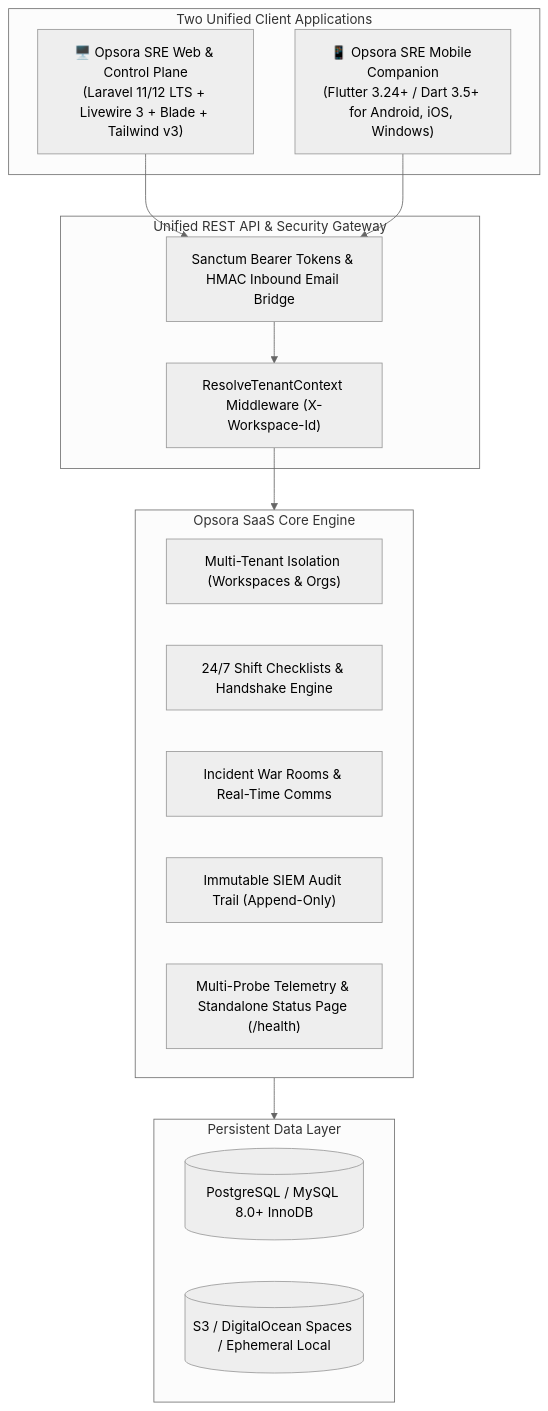
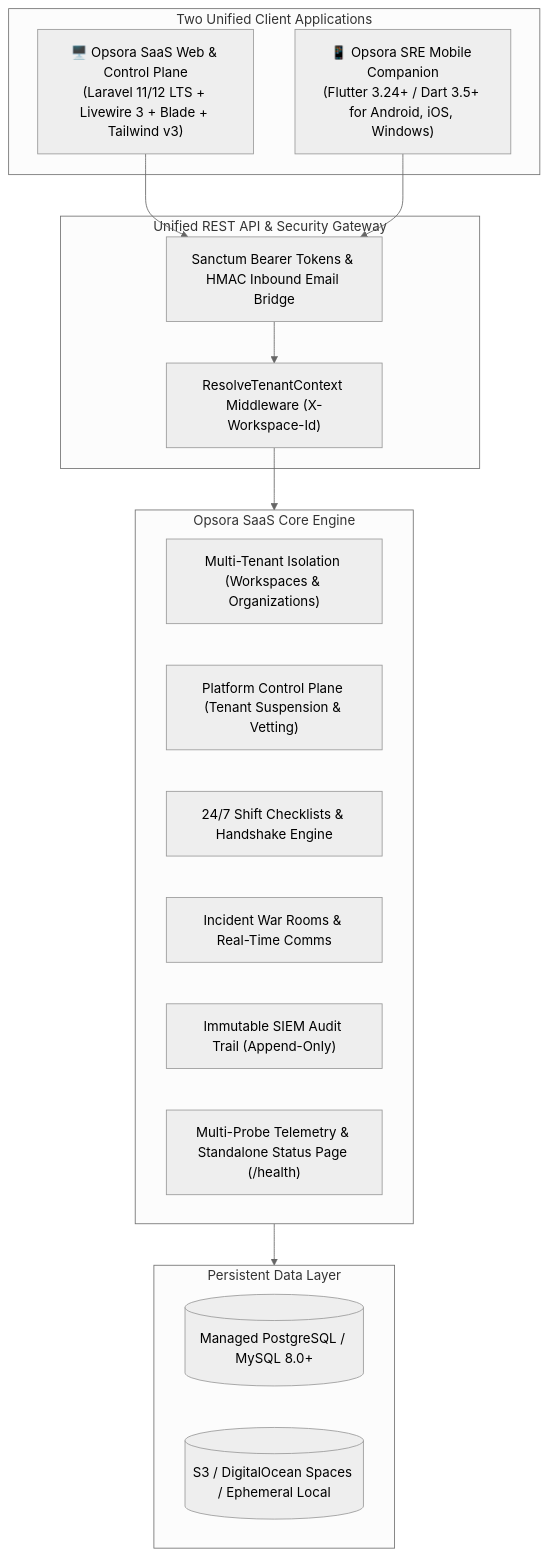
The first of 2 diagrams in README.md (mhiskall282/opsora-saas), drawn with Mermaid (neutral theme) before and after one commit. The commit also changed other lines of this file, not shown here.

Commit message:
docs: write dedicated comprehensive SaaS README for opsora-saas platform

````diff
--- a/README.md
+++ b/README.md
@@ -65,31 +71,32 @@
 ```mermaid
 graph TB
     subgraph Clients ["Two Unified Client Applications"]
-        WebApp["🖥️ Opsora SRE Web & Control Plane<br/>(Laravel 11/12 LTS + Livewire 3 + Blade + Tailwind v3)"]
+        WebApp["🖥️ Opsora SaaS Web & Control Plane<br/>(Laravel 11/12 LTS + Livewire 3 + Blade + Tailwind v3)"]
         MobileApp["📱 Opsora SRE Mobile Companion<br/>(Flutter 3.24+ / Dart 3.5+ for Android, iOS, Windows)"]
     end
 
     subgraph Gateway ["Unified REST API & Security Gateway"]
         AuthBridge["Sanctum Bearer Tokens & HMAC Inbound Email Bridge"]
         TenantContext["ResolveTenantContext Middleware (X-Workspace-Id)"]
     end
 
     subgraph CoreEngine ["Opsora SaaS Core Engine"]
-        MultiTenant["Multi-Tenant Isolation (Workspaces & Orgs)"]
+        MultiTenant["Multi-Tenant Isolation (Workspaces & Organizations)"]
+        ControlPlane["Platform Control Plane (Tenant Suspension & Vetting)"]
         ShiftBoard["24/7 Shift Checklists & Handshake Engine"]
         WarRooms["Incident War Rooms & Real-Time Comms"]
         AuditLedger["Immutable SIEM Audit Trail (Append-Only)"]
         StatusHub["Multi-Probe Telemetry & Standalone Status Page (/health)"]
     end
 
     subgraph DataStorage ["Persistent Data Layer"]
-        MySQL[(PostgreSQL / MySQL 8.0+ InnoDB)]
+        DB[(Managed PostgreSQL / MySQL 8.0+)]
         Storage[(S3 / DigitalOcean Spaces / Ephemeral Local)]
     end
 
     WebApp --> AuthBridge
     MobileApp --> AuthBridge
     AuthBridge --> TenantContext
     TenantContext --> CoreEngine
     CoreEngine --> DataStorage
 ```
````
